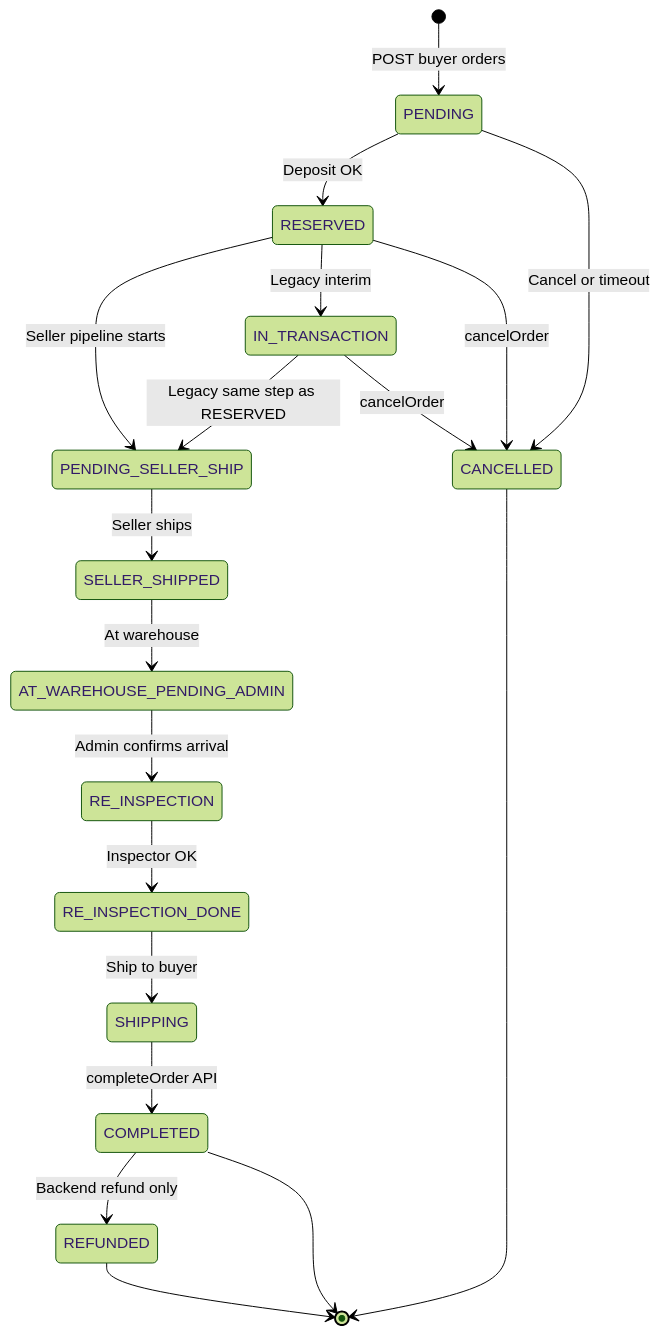
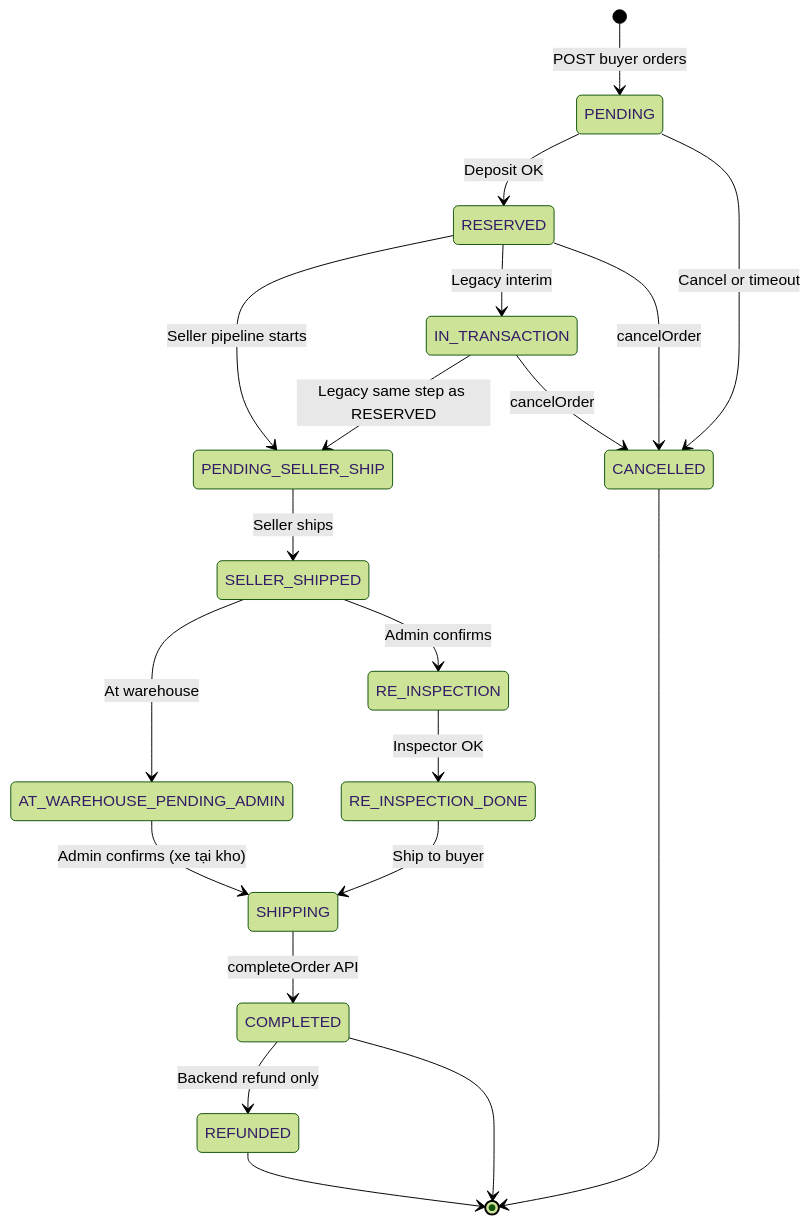
The first of 5 diagrams in docs/STATE_TRANSITION_DIAGRAM_GUIDE.md (cu3vt123/bike-trading-backend), drawn with Mermaid (forest theme) before and after one commit. The commit also changed other lines of this file and 86 other files, not shown here.

````diff
--- a/docs/STATE_TRANSITION_DIAGRAM_GUIDE.md
+++ b/docs/STATE_TRANSITION_DIAGRAM_GUIDE.md
@@ -35,22 +35,23 @@
 ```mermaid
 stateDiagram-v2
     direction TB
     [*] --> PENDING : POST buyer orders
     PENDING --> RESERVED : Deposit OK
     PENDING --> CANCELLED : Cancel or timeout
     RESERVED --> PENDING_SELLER_SHIP : Seller pipeline starts
     IN_TRANSACTION --> PENDING_SELLER_SHIP : Legacy same step as RESERVED
     RESERVED --> IN_TRANSACTION : Legacy interim
     PENDING_SELLER_SHIP --> SELLER_SHIPPED : Seller ships
     SELLER_SHIPPED --> AT_WAREHOUSE_PENDING_ADMIN : At warehouse
-    AT_WAREHOUSE_PENDING_ADMIN --> RE_INSPECTION : Admin confirms arrival
+    AT_WAREHOUSE_PENDING_ADMIN --> SHIPPING : Admin confirms (xe tại kho)
+    SELLER_SHIPPED --> RE_INSPECTION : Admin confirms
     RE_INSPECTION --> RE_INSPECTION_DONE : Inspector OK
     RE_INSPECTION_DONE --> SHIPPING : Ship to buyer
     SHIPPING --> COMPLETED : completeOrder API
     RESERVED --> CANCELLED : cancelOrder
     IN_TRANSACTION --> CANCELLED : cancelOrder
     COMPLETED --> REFUNDED : Backend refund only
     COMPLETED --> [*]
     CANCELLED --> [*]
     REFUNDED --> [*]
 ```
````
